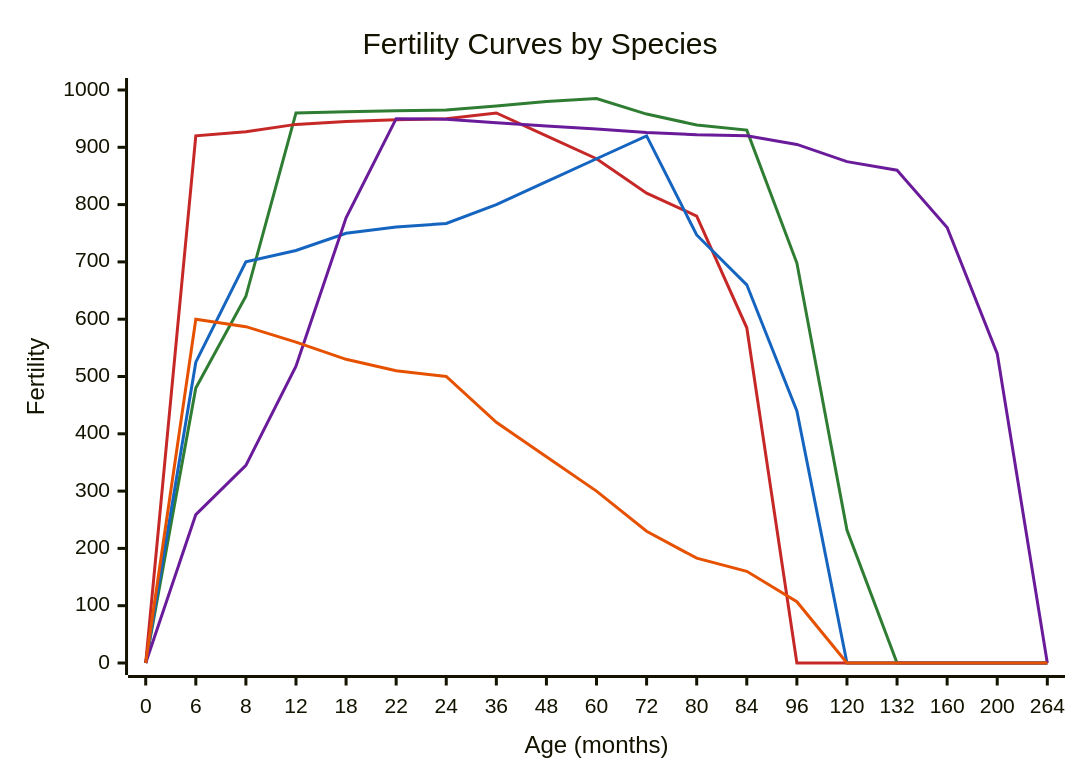
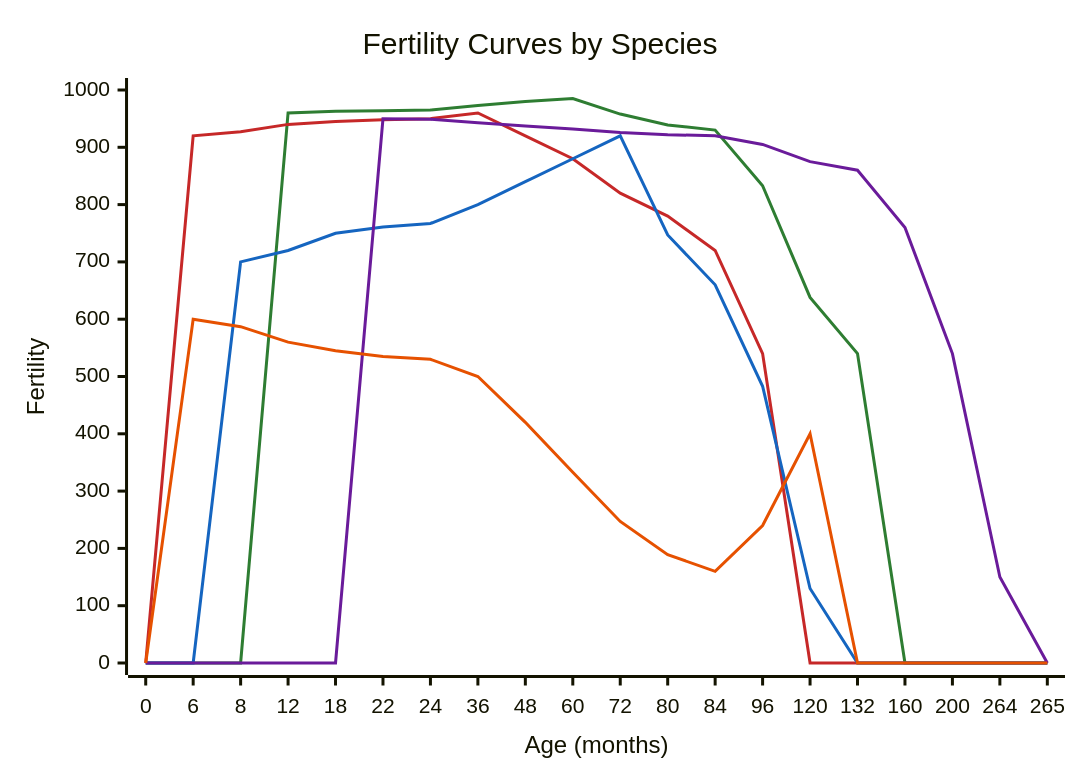
The diagram in docs/breeding.md (renfordt/FS25_EnhancedLivestock), drawn with Mermaid before and after one commit. The commit also changed other lines of this file, not shown here.

Commit message:
Update fertility curves in breeding documentation for improved accuracy and add legend for species-specific lines.

````diff
--- a/docs/breeding.md
+++ b/docs/breeding.md
@@ -58,12 +58,12 @@
 ```mermaid
 %%{init: {"theme": "base", "themeVariables": {"xyChart": {"plotColorPalette": "#2e7d32, #c62828, #1565c0, #6a1b9a, #e65100"}}} }%%
 xychart-beta
     title "Fertility Curves by Species"
-    x-axis "Age (months)" [0, 6, 8, 12, 18, 22, 24, 36, 48, 60, 72, 80, 84, 96, 120, 132, 160, 200, 264]
+    x-axis "Age (months)" [0, 6, 8, 12, 18, 22, 24, 36, 48, 60, 72, 80, 84, 96, 120, 132, 160, 200, 264, 265]
     y-axis "Fertility" 0 --> 1000
-    line "Cattle" [0, 480, 640, 960, 962, 964, 965, 972, 980, 985, 958, 939, 930, 698, 232, 0, 0, 0, 0]
-    line "Pigs" [0, 920, 927, 940, 945, 948, 950, 960, 920, 880, 820, 780, 585, 0, 0, 0, 0, 0, 0]
-    line "Sheep & Goats" [0, 525, 700, 720, 750, 761, 767, 800, 840, 880, 920, 747, 660, 440, 0, 0, 0, 0, 0]
-    line "Horses" [0, 259, 345, 518, 777, 950, 949, 943, 937, 932, 926, 922, 920, 905, 875, 860, 760, 540, 0]
-    line "Chickens" [0, 600, 587, 560, 530, 510, 500, 420, 360, 300, 230, 183, 160, 107, 0, 0, 0, 0, 0]
+    line "Cattle" [0, 0, 0, 960, 963, 964, 965, 973, 980, 985, 958, 939, 930, 833, 638, 540, 0, 0, 0, 0]
+    line "Pigs" [0, 920, 927, 940, 945, 948, 950, 960, 920, 880, 820, 780, 720, 540, 0, 0, 0, 0, 0, 0]
+    line "Sheep & Goats" [0, 0, 700, 720, 750, 761, 767, 800, 840, 880, 920, 747, 660, 483, 130, 0, 0, 0, 0, 0]
+    line "Horses" [0, 0, 0, 0, 0, 950, 949, 943, 937, 932, 926, 922, 920, 905, 875, 860, 760, 540, 150, 0]
+    line "Chickens" [0, 600, 587, 560, 545, 535, 530, 500, 420, 333, 247, 189, 160, 240, 400, 0, 0, 0, 0, 0]
 ```
````
